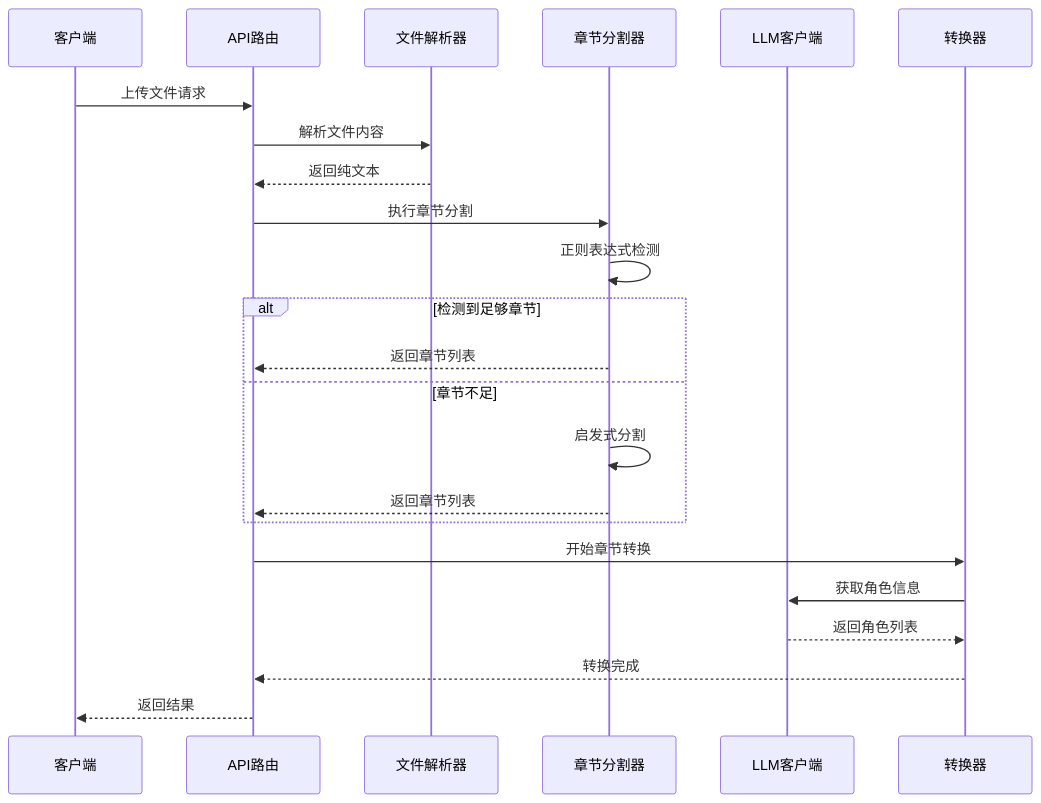
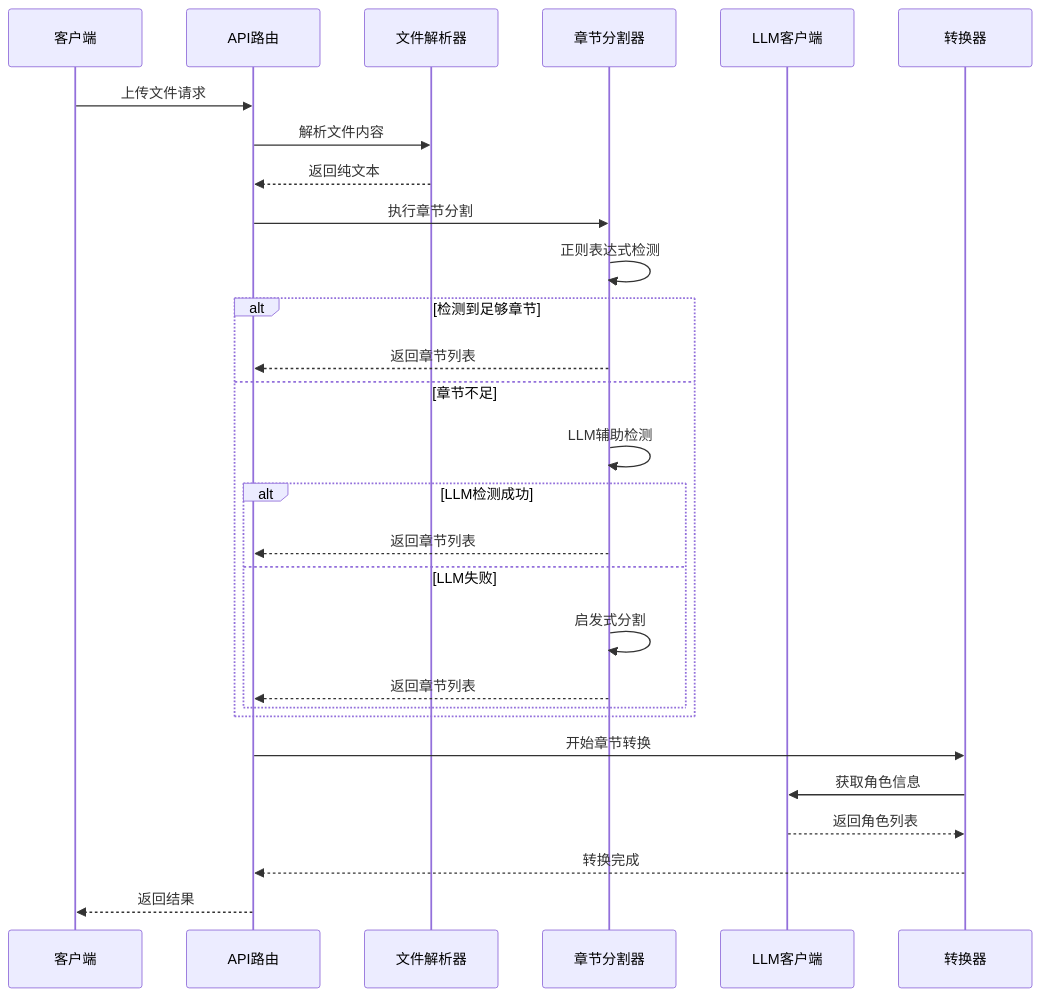
One commit to tjujingzong/Novel-to-Screenplay changed the second of 3 diagrams in .qoder/repowiki/zh/content/核心服务模块/章节分割服务.md. Above: the diagram before and after it, drawn with Mermaid. The commit also changed other lines of this file and 21 other files, not shown here.

````diff
--- a/.qoder/repowiki/zh/content/核心服务模块/章节分割服务.md
+++ b/.qoder/repowiki/zh/content/核心服务模块/章节分割服务.md
@@ -99,25 +114,30 @@
 ```mermaid
 sequenceDiagram
 participant Client as 客户端
 participant API as API路由
 participant Parser as 文件解析器
 participant Splitter as 章节分割器
 participant LLM as LLM客户端
 participant Converter as 转换器
 Client->>API : 上传文件请求
 API->>Parser : 解析文件内容
 Parser-->>API : 返回纯文本
 API->>Splitter : 执行章节分割
 Splitter->>Splitter : 正则表达式检测
 alt 检测到足够章节
 Splitter-->>API : 返回章节列表
 else 章节不足
+Splitter->>Splitter : LLM辅助检测
+alt LLM检测成功
+Splitter-->>API : 返回章节列表
+else LLM失败
 Splitter->>Splitter : 启发式分割
 Splitter-->>API : 返回章节列表
+end
 end
 API->>Converter : 开始章节转换
 Converter->>LLM : 获取角色信息
 LLM-->>Converter : 返回角色列表
 Converter-->>API : 转换完成
 API-->>Client : 返回结果
 ```
````
